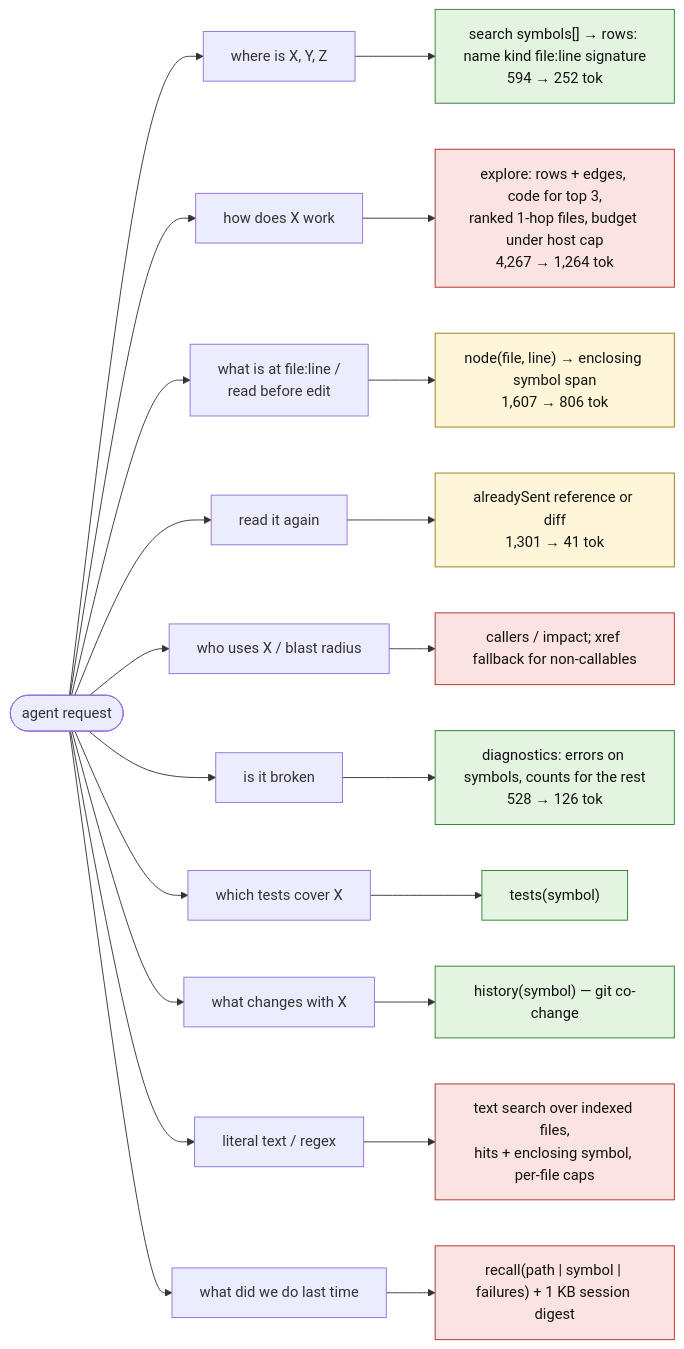
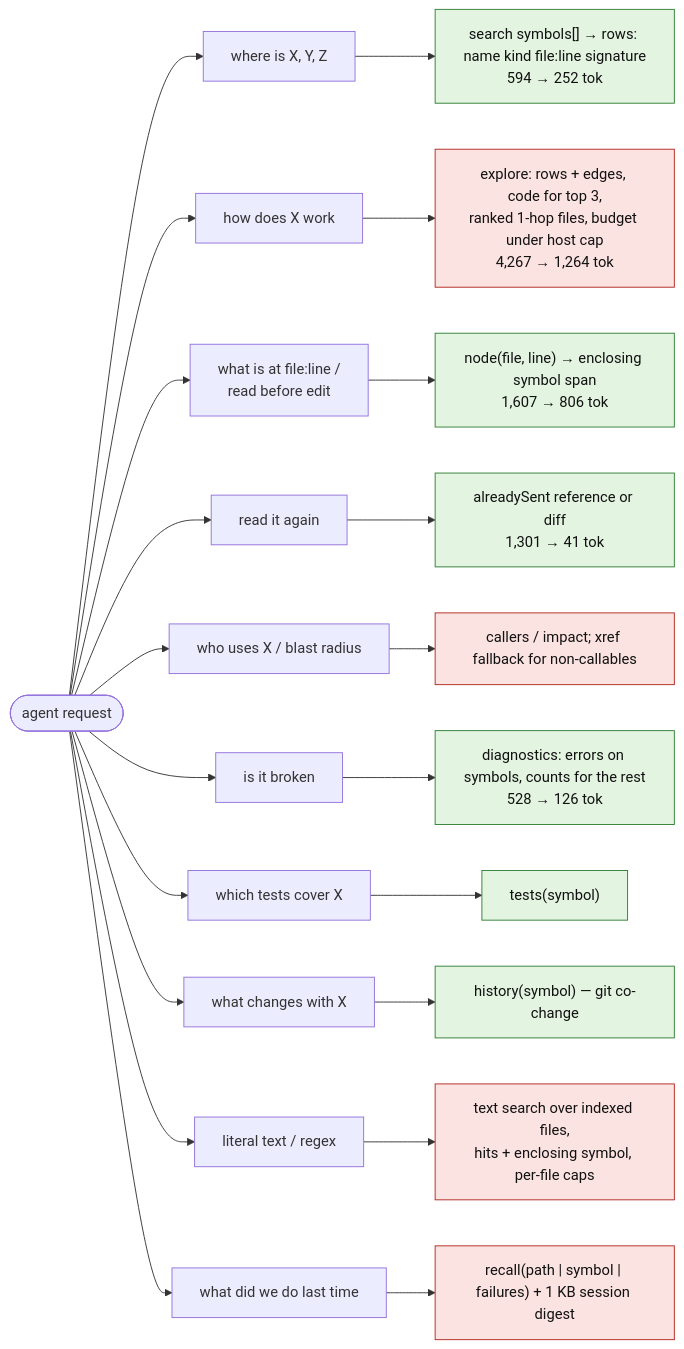
Before and after one commit to Miasin-Labs/codegraph-rs: the sixth of 7 diagrams in docs/research/agent-sessions/FLOWCHART.md, drawn with Mermaid. The commit also changed other lines of this file and 2 other files, not shown here.

Commit message:
docs(research): mark the wire-output, re-read ledger and receiver-edge fixes shipped

````diff
--- a/docs/research/agent-sessions/FLOWCHART.md
+++ b/docs/research/agent-sessions/FLOWCHART.md
@@ -136,31 +136,30 @@
 ```mermaid
 flowchart LR
   A([agent request]) --> K1["where is X, Y, Z"]
   A --> K2["how does X work"]
   A --> K3["what is at file:line /<br/>read before edit"]
   A --> K4["read it again"]
   A --> K5["who uses X / blast radius"]
   A --> K6["is it broken"]
   A --> K7["which tests cover X"]
   A --> K8["what changes with X"]
   A --> K9["literal text / regex"]
   A --> K10["what did we do last time"]
 
   K1 --> T1["search symbols[] → rows: name kind file:line signature<br/>594 → 252 tok"]
   K2 --> T2["explore: rows + edges, code for top 3,<br/>ranked 1-hop files, budget under host cap<br/>4,267 → 1,264 tok"]
   K3 --> T3["node(file, line) → enclosing symbol span<br/>1,607 → 806 tok"]
   K4 --> T4["alreadySent reference or diff<br/>1,301 → 41 tok"]
   K5 --> T5["callers / impact; xref fallback for non-callables"]
   K6 --> T6["diagnostics: errors on symbols, counts for the rest<br/>528 → 126 tok"]
   K7 --> T7["tests(symbol)"]
   K8 --> T8["history(symbol) — git co-change"]
   K9 --> T9["text search over indexed files,<br/>hits + enclosing symbol, per-file caps"]
   K10 --> T10["recall(path | symbol | failures) + 1 KB session digest"]
 
   classDef shipped fill:#e3f4e1,stroke:#2f7d32,color:#111
   classDef flight fill:#fff6d9,stroke:#9a7b12,color:#111
   classDef gap fill:#fbe3e1,stroke:#b3261e,color:#111
-  class T1,T6,T7,T8 shipped
-  class T3,T4 flight
+  class T1,T3,T4,T6,T7,T8 shipped
   class T2,T5,T9,T10 gap
 ```
````
